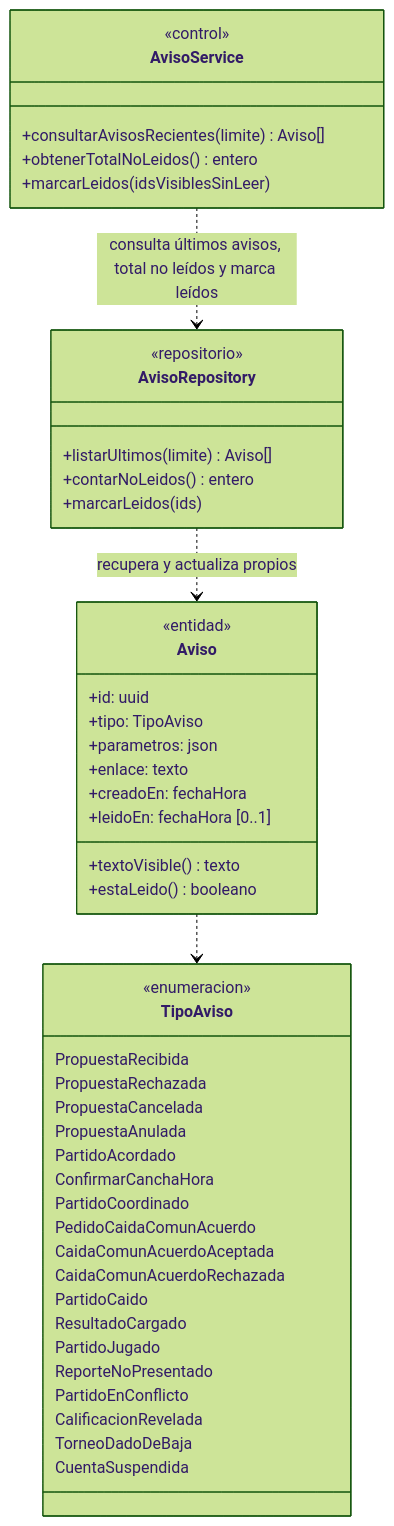
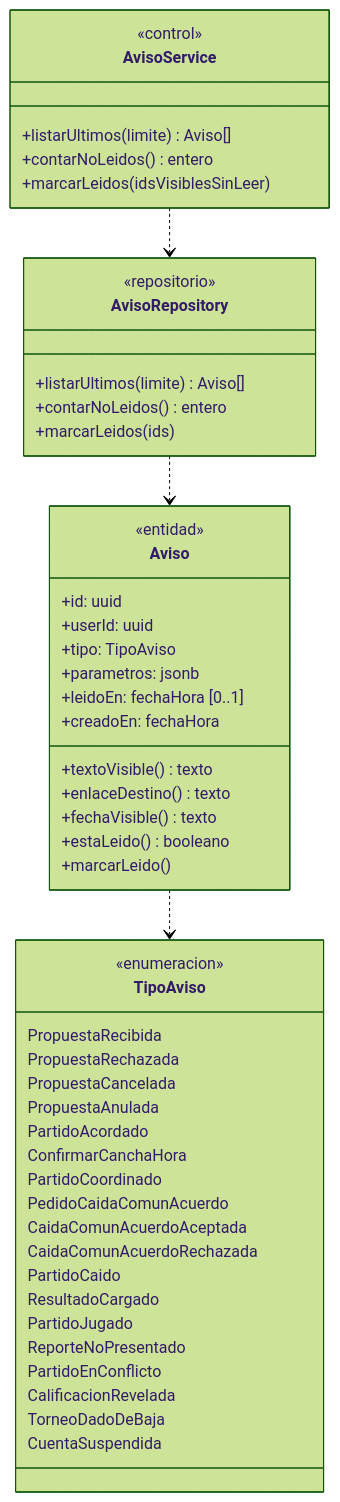
Before and after one commit to nicqletal/torneos-scraper: the seventh of 7 diagrams in docs/diagramas-de-clase/cuenta-y-acceso.md, drawn with Mermaid (forest theme). The commit also changed other lines of this file and 13 other files, not shown here.

````diff
--- a/docs/diagramas-de-clase/cuenta-y-acceso.md
+++ b/docs/diagramas-de-clase/cuenta-y-acceso.md
@@ -378,51 +425,53 @@
 ```mermaid
 classDiagram
-direction TB
 class AvisoService {
   <<control>>
-  +consultarAvisosRecientes(limite) Aviso[]
-  +obtenerTotalNoLeidos() entero
+  +listarUltimos(limite) Aviso[]
+  +contarNoLeidos() entero
   +marcarLeidos(idsVisiblesSinLeer)
 }
 class AvisoRepository {
   <<repositorio>>
   +listarUltimos(limite) Aviso[]
   +contarNoLeidos() entero
   +marcarLeidos(ids)
 }
 class Aviso {
   <<entidad>>
   +id: uuid
+  +userId: uuid
   +tipo: TipoAviso
-  +parametros: json
-  +enlace: texto
+  +parametros: jsonb
+  +leidoEn: fechaHora [0..1]
   +creadoEn: fechaHora
-  +leidoEn: fechaHora [0..1]
   +textoVisible() texto
+  +enlaceDestino() texto
+  +fechaVisible() texto
   +estaLeido() booleano
+  +marcarLeido()
 }
 class TipoAviso {
   <<enumeracion>>
   PropuestaRecibida
   PropuestaRechazada
   PropuestaCancelada
   PropuestaAnulada
   PartidoAcordado
   ConfirmarCanchaHora
   PartidoCoordinado
   PedidoCaidaComunAcuerdo
   CaidaComunAcuerdoAceptada
   CaidaComunAcuerdoRechazada
   PartidoCaido
   ResultadoCargado
   PartidoJugado
   ReporteNoPresentado
   PartidoEnConflicto
   CalificacionRevelada
   TorneoDadoDeBaja
   CuentaSuspendida
 }
-AvisoService ..> AvisoRepository : consulta últimos avisos, total no leídos y marca leídos
-AvisoRepository ..> Aviso : recupera y actualiza propios
+AvisoService ..> AvisoRepository
+AvisoRepository ..> Aviso
 Aviso ..> TipoAviso
 ```
````
